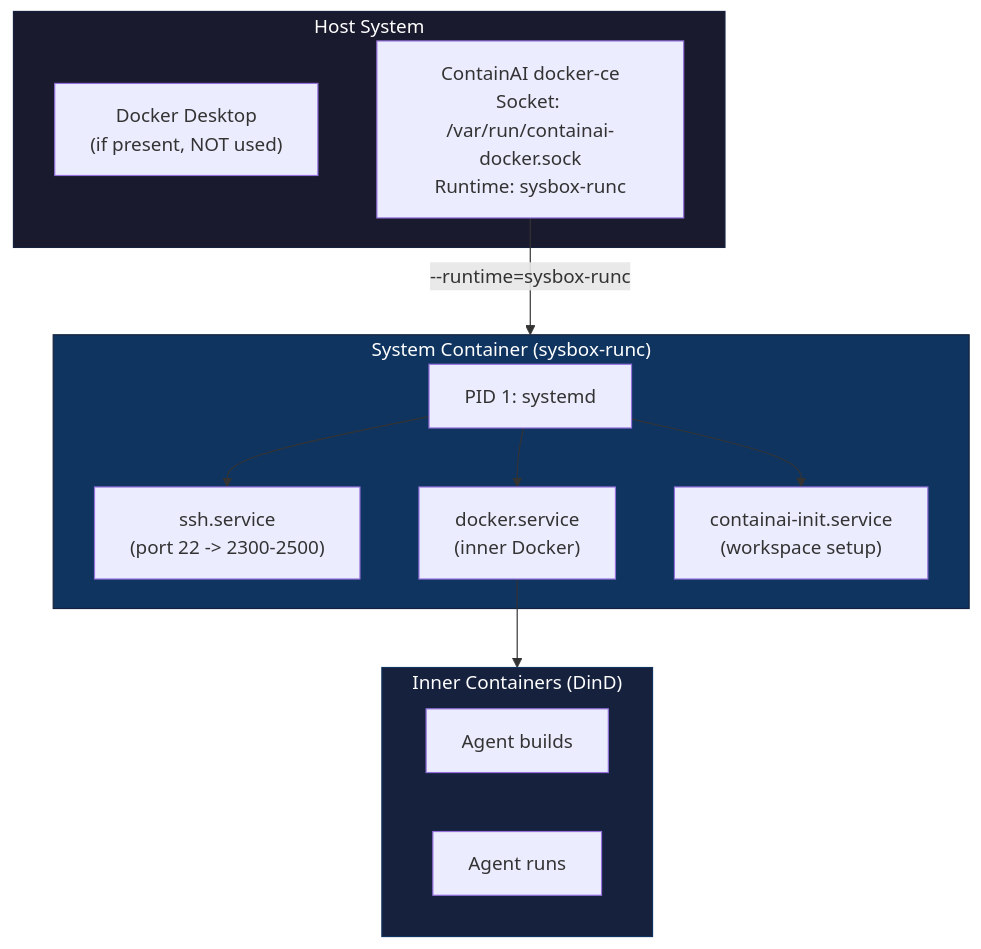
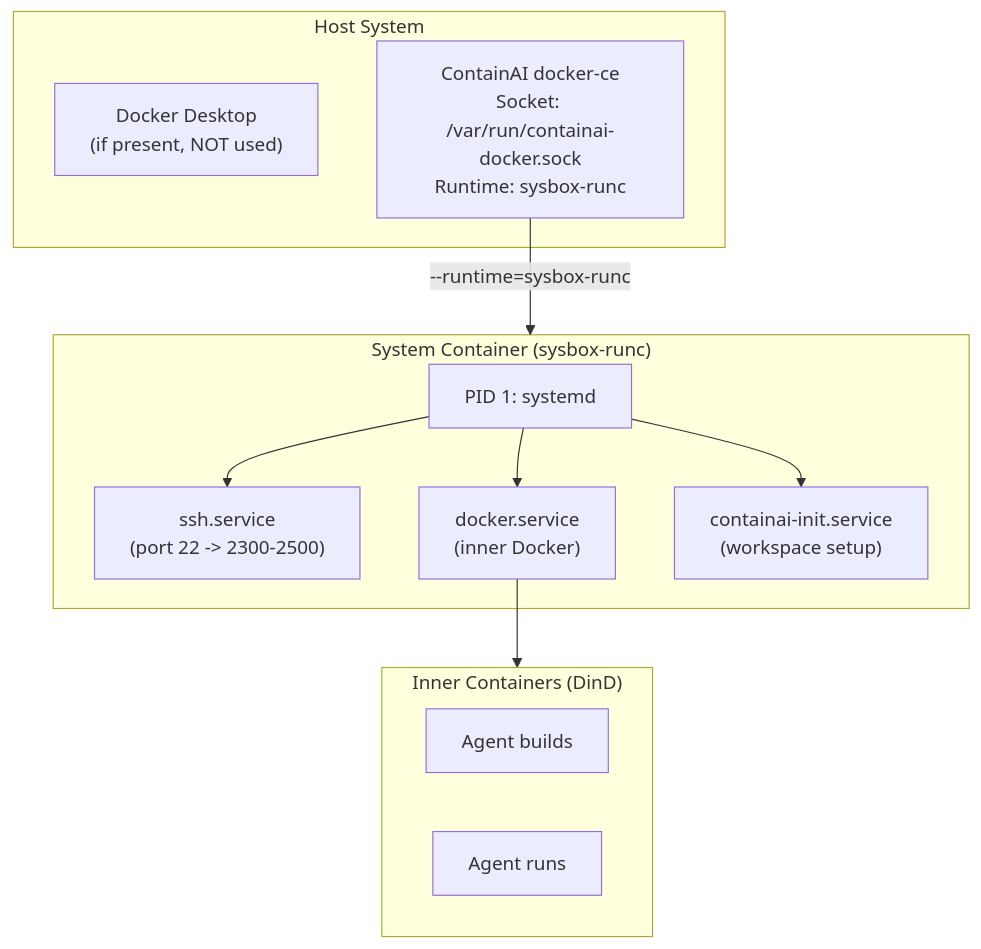
Before and after one commit to novotnyllc/ContainAI: the second of 11 diagrams in docs/architecture.md, drawn with Mermaid. The commit also changed other lines of this file and 14 other files, not shown here.

````diff
--- a/docs/architecture.md
+++ b/docs/architecture.md
@@ -93,29 +90,26 @@
 ```mermaid
 flowchart TB
     subgraph Host["Host System"]
         DD["Docker Desktop<br/>(if present, NOT used)"]
         CAI["ContainAI docker-ce<br/>Socket: /var/run/containai-docker.sock<br/>Runtime: sysbox-runc"]
     end
 
     subgraph SysContainer["System Container (sysbox-runc)"]
         Systemd["PID 1: systemd"]
         SSHD["ssh.service<br/>(port 22 -> 2300-2500)"]
         Dockerd["docker.service<br/>(inner Docker)"]
         Init["containai-init.service<br/>(workspace setup)"]
     end
 
     subgraph Inner["Inner Containers (DinD)"]
         App1["Agent builds"]
         App2["Agent runs"]
     end
 
     CAI -->|"--runtime=sysbox-runc"| SysContainer
     Systemd --> SSHD
     Systemd --> Dockerd
     Systemd --> Init
     Dockerd --> Inner
 
-    style Host fill:#1a1a2e,stroke:#16213e,color:#fff
-    style SysContainer fill:#0f3460,stroke:#16213e,color:#fff
-    style Inner fill:#16213e,stroke:#0f3460,color:#fff
 ```
````
